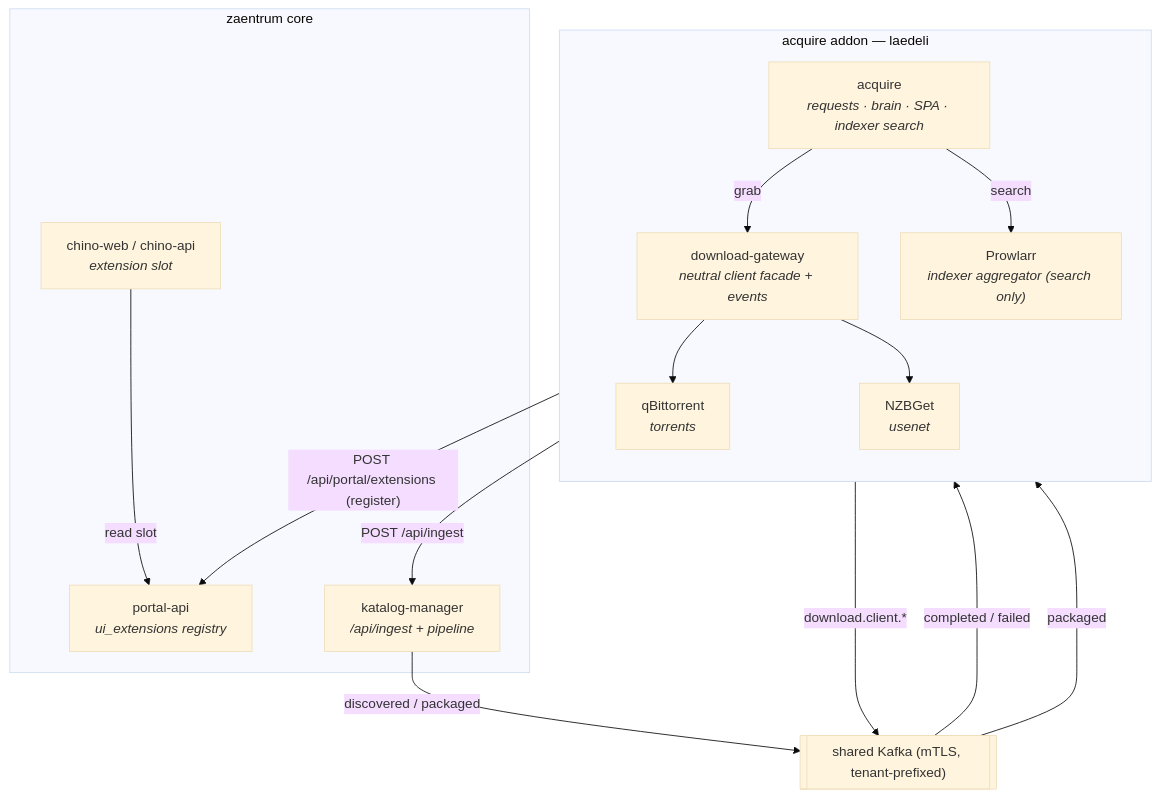
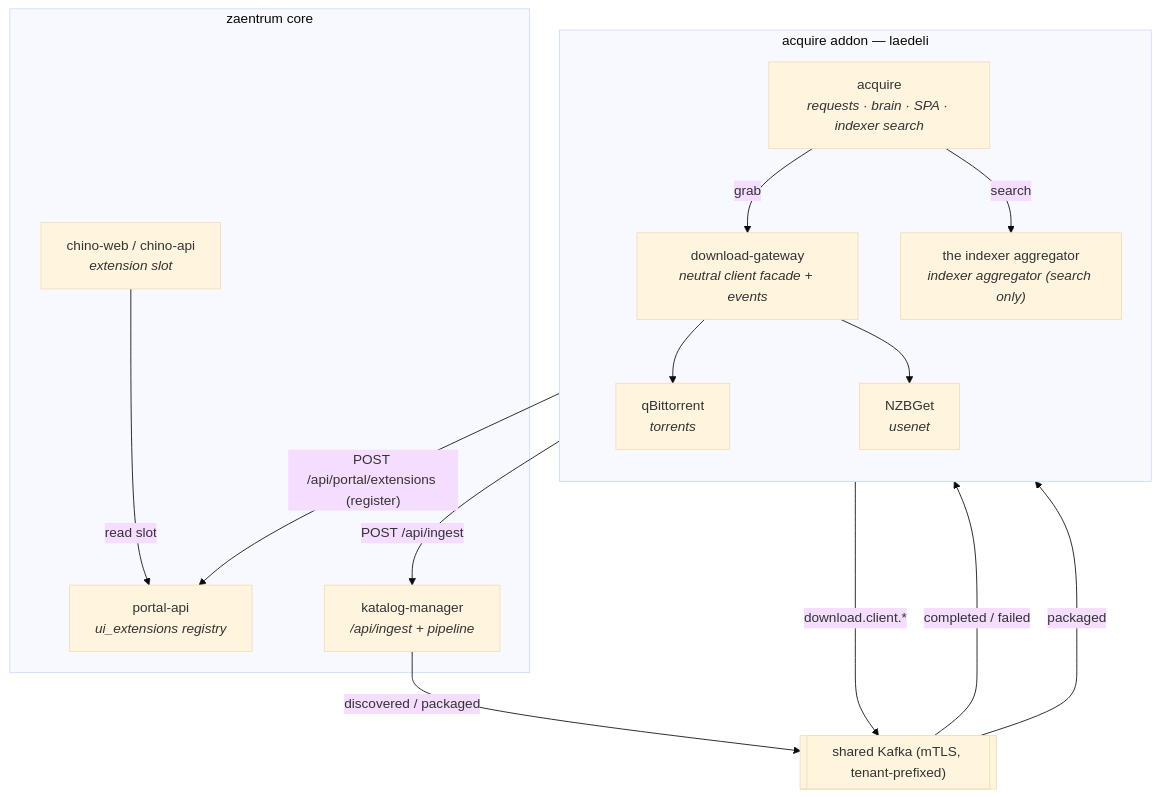
Before and after one commit to laedeli/acquire: the second of 2 diagrams in docs/architecture.md, drawn with Mermaid (base theme). The commit also changed 9 other files, not shown here.

````diff
--- a/docs/architecture.md
+++ b/docs/architecture.md
@@ -114,28 +114,28 @@
 ```mermaid
 flowchart TB
     subgraph addon["acquire addon — laedeli"]
         direction TB
         ACQ["acquire<br/><i>requests · brain · SPA · indexer search</i>"]
         GW["download-gateway<br/><i>neutral client facade + events</i>"]
         QB["qBittorrent<br/><i>torrents</i>"]
         NZ["NZBGet<br/><i>usenet</i>"]
-        PRW["Prowlarr<br/><i>indexer aggregator (search only)</i>"]
+        PRW["the indexer aggregator<br/><i>indexer aggregator (search only)</i>"]
     end
     subgraph coreapp["zaentrum core"]
         POR["portal-api<br/><i>ui_extensions registry</i>"]
         WEB["chino-web / chino-api<br/><i>extension slot</i>"]
         KMG["katalog-manager<br/><i>/api/ingest + pipeline</i>"]
     end
     BUS[["shared Kafka (mTLS, tenant-prefixed)"]]
 
     ACQ -->|"POST /api/portal/extensions (register)"| POR
     WEB -->|"read slot"| POR
     ACQ -->|"grab"| GW
     ACQ -->|"search"| PRW
     GW --> QB & NZ
     GW -->|"download.client.*"| BUS
     BUS -->|"completed / failed"| ACQ
     ACQ -->|"POST /api/ingest"| KMG
     KMG -->|"discovered / packaged"| BUS
     BUS -->|"packaged"| ACQ
 ```
````
